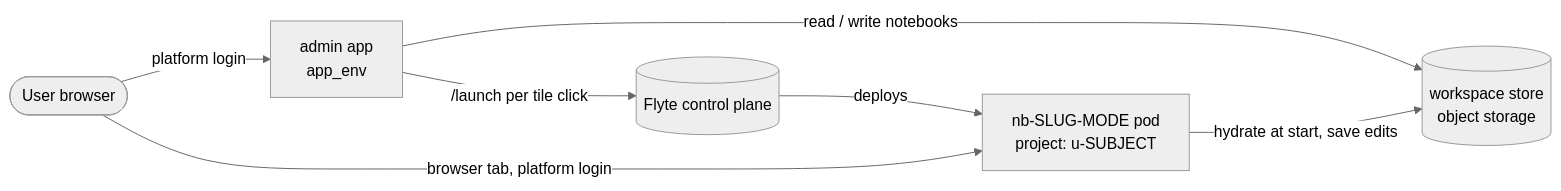
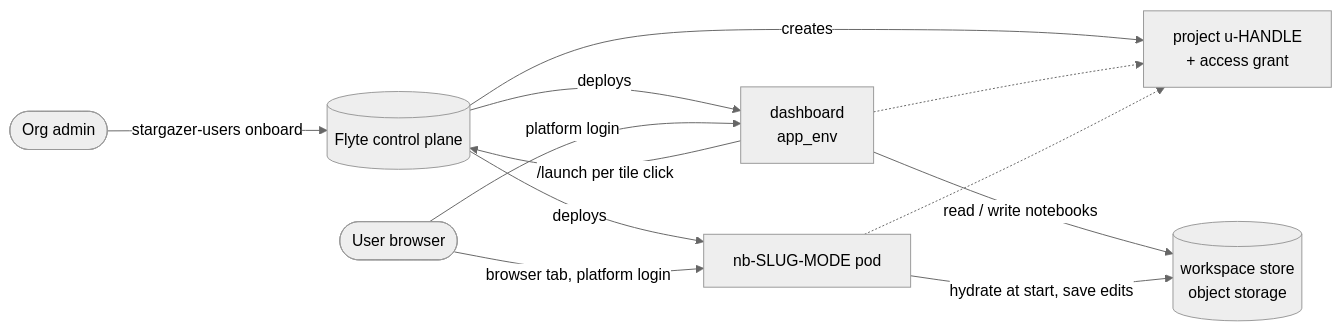
One commit to StargazerBio/stargazer changed the first of 2 diagrams in docs/architecture/app.md. Above: the diagram before and after it, drawn with Mermaid (neutral theme). The commit also changed other lines of this file and 4 other files, not shown here.

First line of the commit message:
Deploy dashboards from app_env itself, not a clone_with copy

````diff
--- a/docs/architecture/app.md
+++ b/docs/architecture/app.md
@@ -14,9 +16,14 @@
 ```mermaid
 flowchart LR
-    U([User browser]) -->|platform login| A[admin app<br/>app_env]
-    A -->|read / write notebooks| S[(workspace store<br/>object storage)]
-    A -->|/launch per tile click| FCP[(Flyte control plane)]
-    FCP -->|deploys| N[nb-SLUG-MODE pod<br/>project: u-SUBJECT]
+    ADM([Org admin]) -->|stargazer-users onboard| FCP[(Flyte control plane)]
+    FCP -->|creates| PR[project u-HANDLE<br/>+ access grant]
+    FCP -->|deploys| D[dashboard<br/>app_env]
+    U([User browser]) -->|platform login| D
+    D -->|read / write notebooks| S[(workspace store<br/>object storage)]
+    D -->|/launch per tile click| FCP
+    FCP -->|deploys| N[nb-SLUG-MODE pod]
     U -->|browser tab, platform login| N
     N -->|hydrate at start, save edits| S
+    D -.-> PR
+    N -.-> PR
 ```
````
